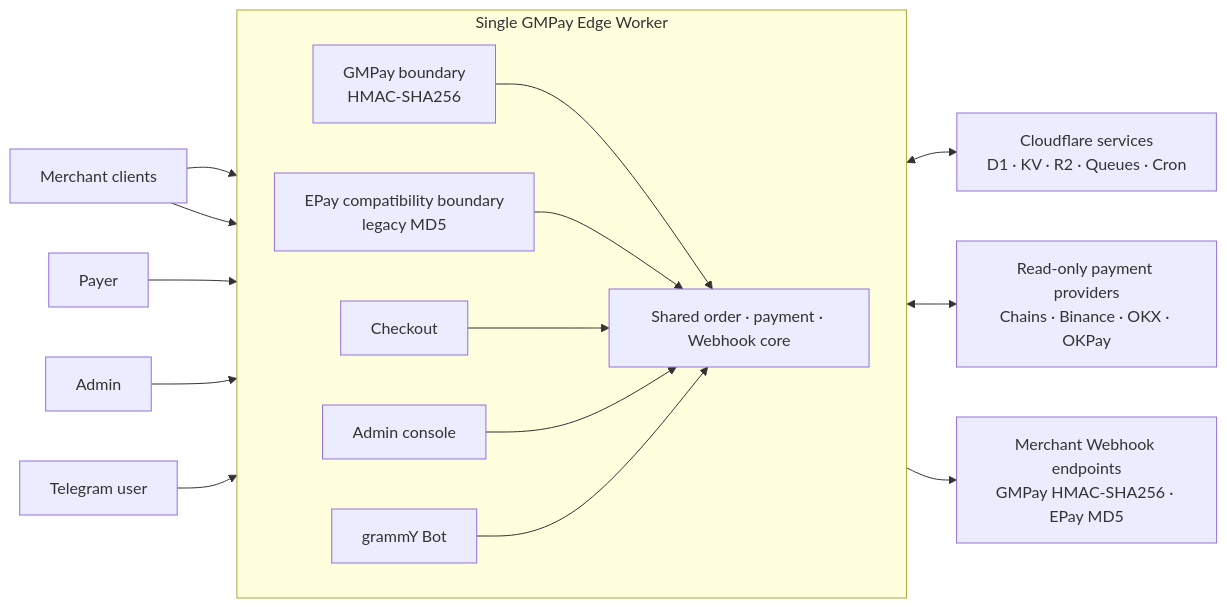
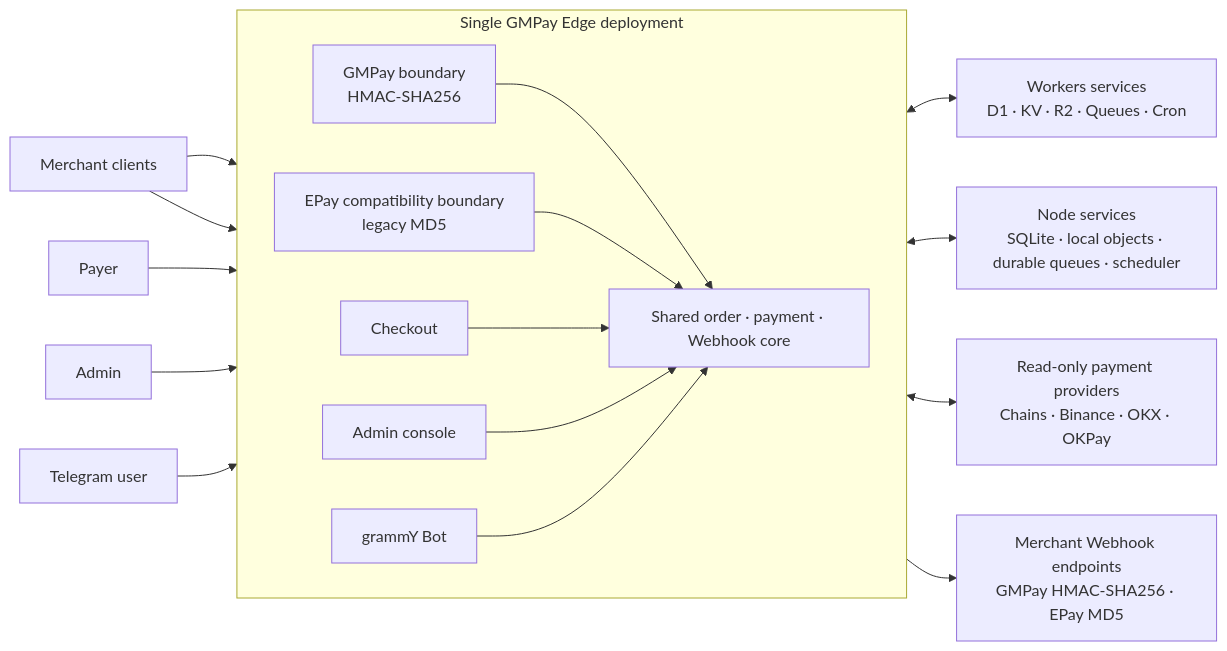
The diagram in README.md (GMWalletApp/gmpay-edge), drawn with Mermaid before and after one commit. The commit also changed other lines of this file and 85 other files, not shown here.

Commit message:
feat(runtime): add Node deployment and email delivery

````diff
--- a/README.md
+++ b/README.md
@@ -80,36 +81,38 @@
 ```mermaid
 flowchart LR
     Merchants["Merchant clients"]
     Payer["Payer"]
     Admin["Admin"]
     TelegramUser["Telegram user"]
 
-    subgraph Worker["Single GMPay Edge Worker"]
+    subgraph Runtime["Single GMPay Edge deployment"]
         direction LR
         GMPay["GMPay boundary<br/>HMAC-SHA256"]
         EPay["EPay compatibility boundary<br/>legacy MD5"]
         Checkout["Checkout"]
         AdminUI["Admin console"]
         TelegramBot["grammY Bot"]
         Core["Shared order · payment · Webhook core"]
 
         GMPay --> Core
         EPay --> Core
         Checkout --> Core
         AdminUI --> Core
         TelegramBot --> Core
     end
 
-    Cloudflare["Cloudflare services<br/>D1 · KV · R2 · Queues · Cron"]
+    Cloudflare["Workers services<br/>D1 · KV · R2 · Queues · Cron"]
+    Node["Node services<br/>SQLite · local objects · durable queues · scheduler"]
     Providers["Read-only payment providers<br/>Chains · Binance · OKX · OKPay"]
     Callbacks["Merchant Webhook endpoints<br/>GMPay HMAC-SHA256 · EPay MD5"]
 
     Merchants --> GMPay
     Merchants --> EPay
     Payer --> Checkout
     Admin --> AdminUI
     TelegramUser --> TelegramBot
     Core <--> Cloudflare
+    Core <--> Node
     Core <--> Providers
     Core --> Callbacks
 ```
````
